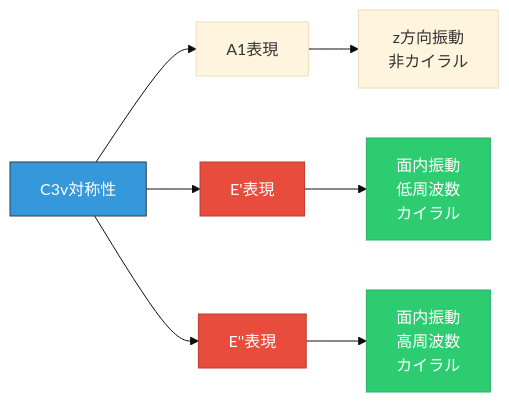
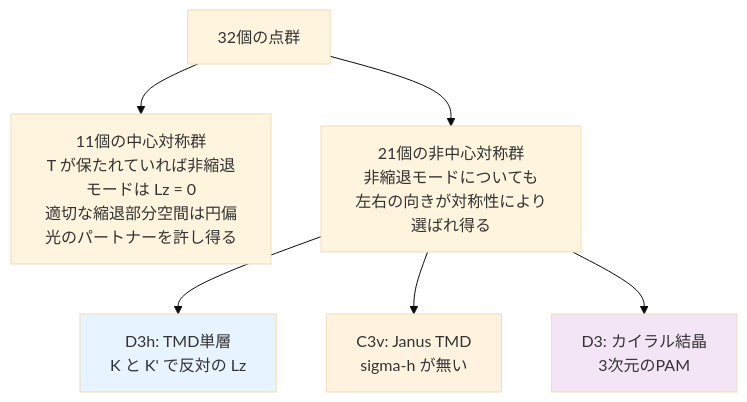
One commit to YusukeHashimotoLab/AI-Knowledge-Notes changed the second of 2 diagrams in knowledge/jp/MS/chiral-phonons/chapter-1.md. Above: the diagram before and after it, drawn with Mermaid (base theme). The commit also changed other lines of this file and 151 other files, not shown here.

````diff
--- a/knowledge/jp/MS/chiral-phonons/chapter-1.md
+++ b/knowledge/jp/MS/chiral-phonons/chapter-1.md
@@ -258,16 +266,11 @@
 ```mermaid
-graph LR
-    A[C3v対称性] --> B[A1表現]
-    A --> C[E'表現]
-    A --> D[E''表現]
-
-    B --> E[z方向振動<br/>非カイラル]
-    C --> F[面内振動<br/>低周波数<br/>カイラル]
-    D --> G[面内振動<br/>高周波数<br/>カイラル]
-
-    style A fill:#3498db,stroke:#2c3e50,color:#fff
-    style C fill:#e74c3c,stroke:#c0392b,color:#fff
-    style D fill:#e74c3c,stroke:#c0392b,color:#fff
-    style F fill:#2ecc71,stroke:#27ae60,color:#fff
-    style G fill:#2ecc71,stroke:#27ae60,color:#fff
+graph TD
+    A[32個の点群] --> B["11個の中心対称群<br/>T が保たれていれば非縮退モードは Lz = 0<br/>適切な縮退部分空間は円偏光のパートナーを許し得る"]
+    A --> C["21個の非中心対称群<br/>非縮退モードについても<br/>左右の向きが対称性により選ばれ得る"]
+    C --> D["D3h: TMD単層<br/>K と K' で反対の Lz"]
+    C --> E["C3v: Janus TMD<br/>sigma-h が無い"]
+    C --> F["D3: カイラル結晶<br/>3次元のPAM"]
+    style D fill:#e7f3ff
+    style E fill:#fff3e0
+    style F fill:#f3e5f5
 ```
````
